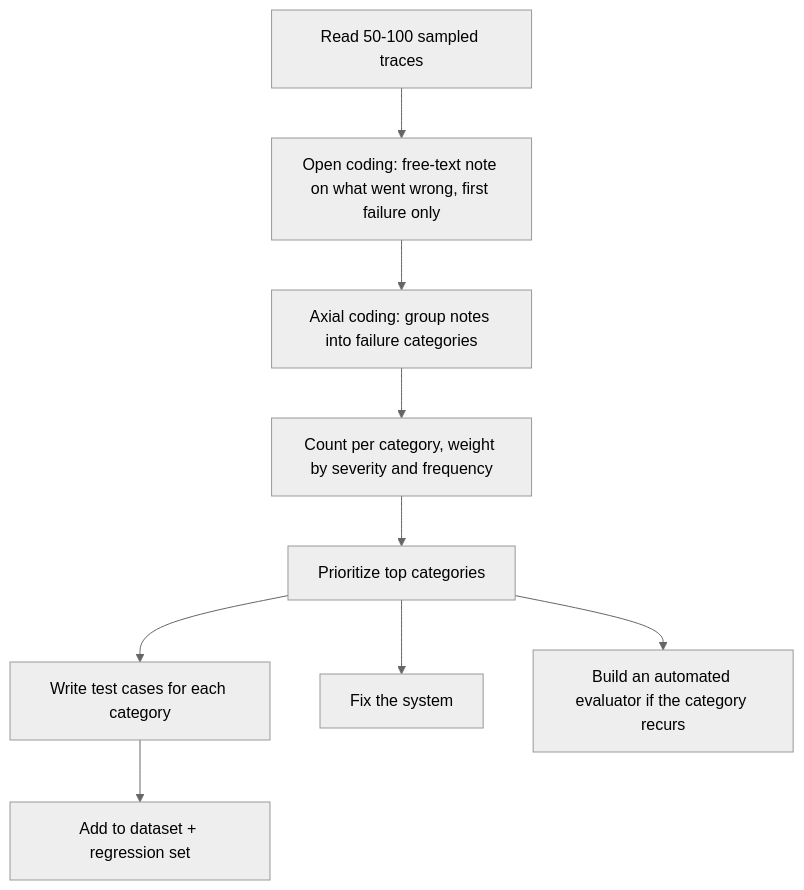
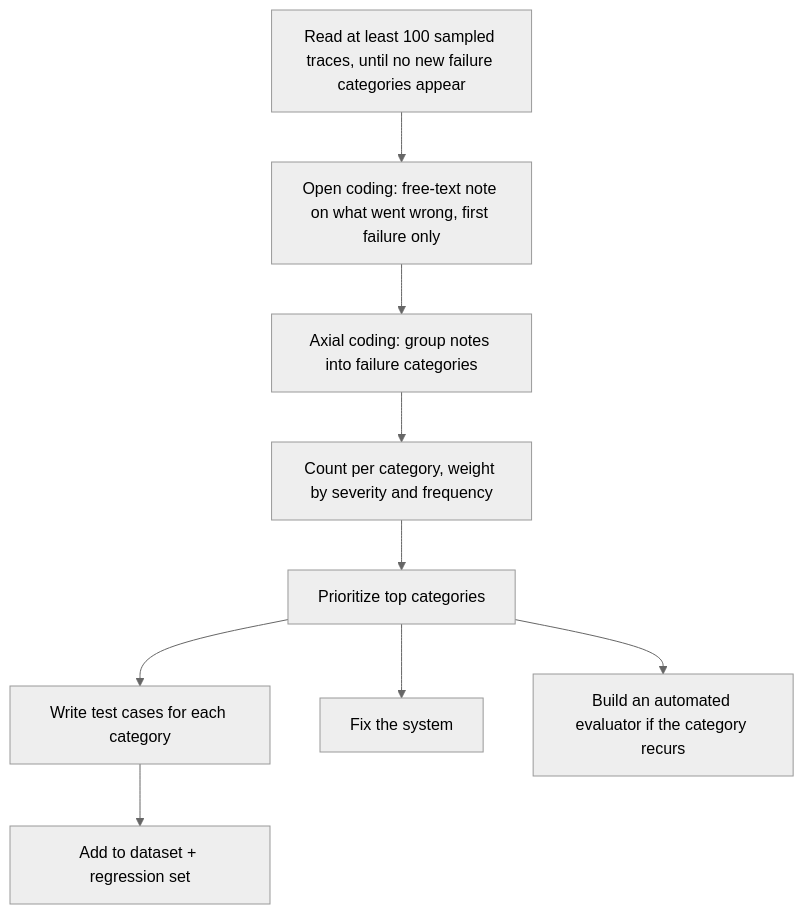
The second of 3 diagrams in research/01-datasets/04-production-data-flywheel.md (Sarangk90/awesome-agent-evals-and-guardrails), drawn with Mermaid (neutral theme) before and after one commit. The commit also changed other lines of this file and 4 other files, not shown here.

````diff
--- a/research/01-datasets/04-production-data-flywheel.md
+++ b/research/01-datasets/04-production-data-flywheel.md
@@ -197,11 +255,11 @@
 ```mermaid
 flowchart TD
-    R["Read 50-100 sampled traces"] --> O["Open coding: free-text note on what went wrong, first failure only"]
+    R["Read at least 100 sampled traces, until no new failure categories appear"] --> O["Open coding: free-text note on what went wrong, first failure only"]
     O --> A["Axial coding: group notes into failure categories"]
     A --> C["Count per category, weight by severity and frequency"]
     C --> P["Prioritize top categories"]
     P --> T["Write test cases for each category"]
     P --> F["Fix the system"]
     P --> J["Build an automated evaluator if the category recurs"]
     T --> D["Add to dataset + regression set"]
 ```
````
